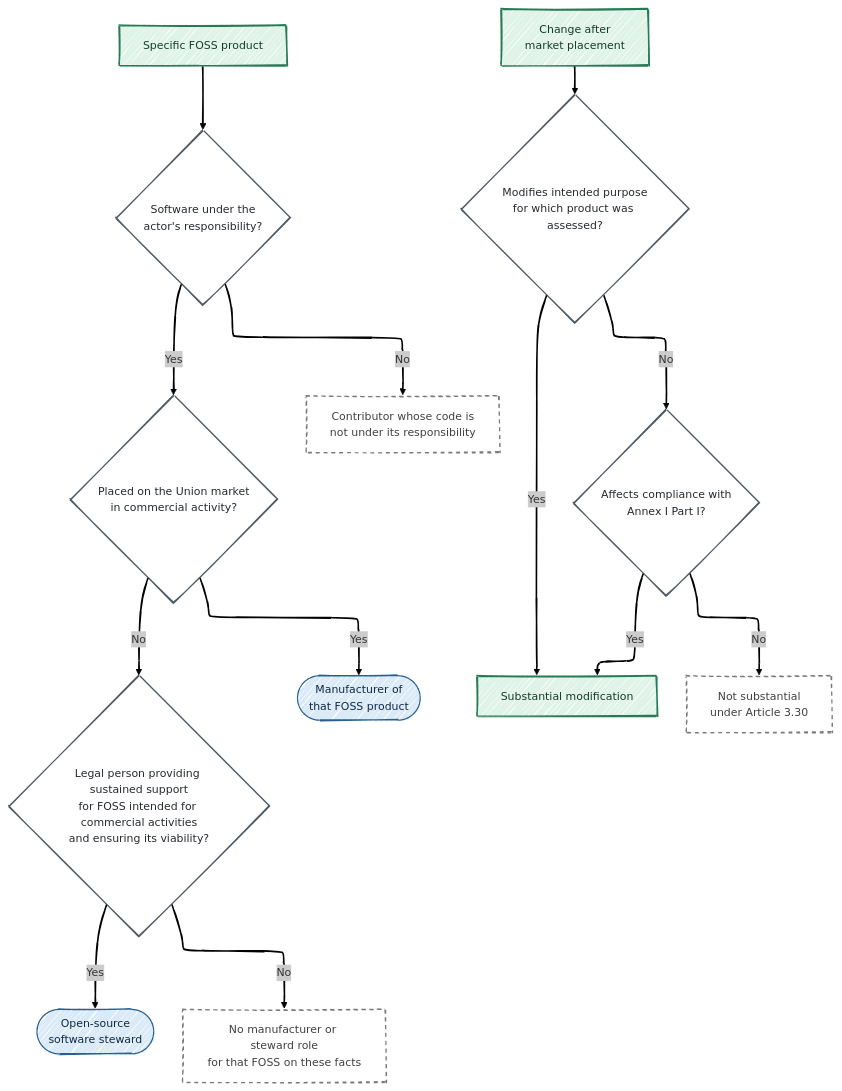
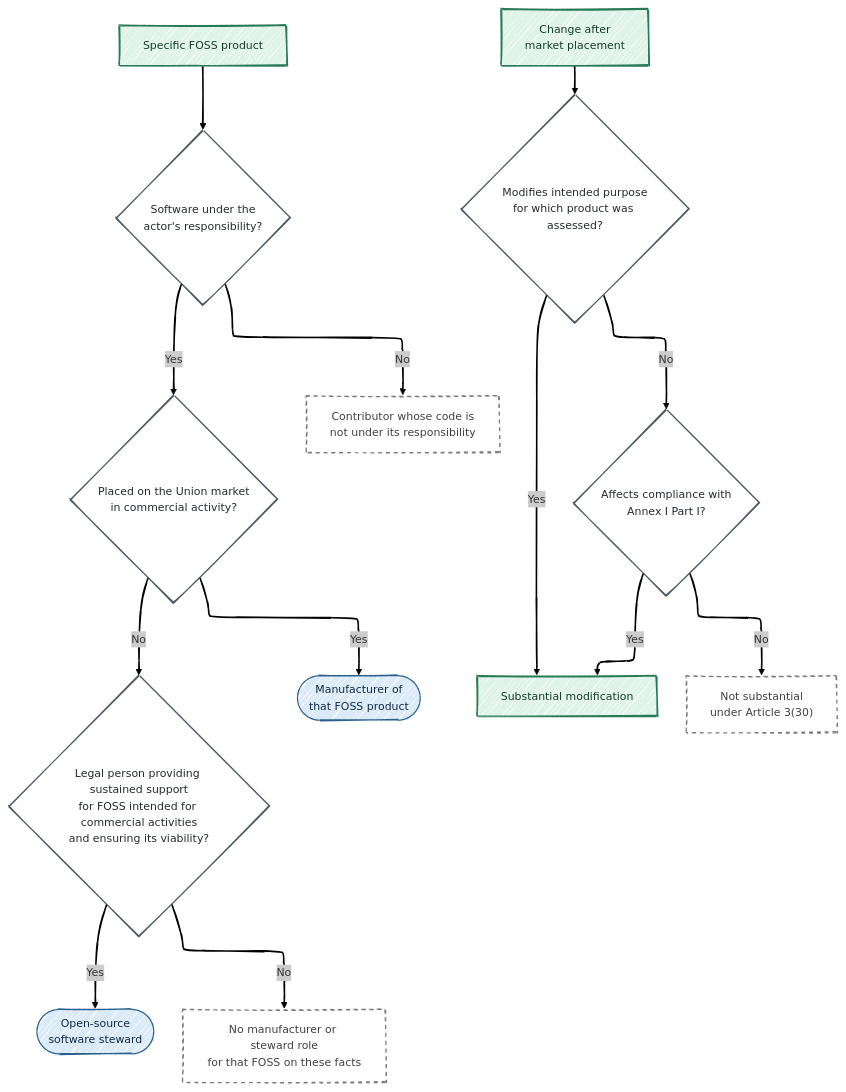
The ninth of 18 diagrams in longforms/cyber-resilience-act-the-new-product-security-baseline/index.qmd (antomon/antomon.github.io), drawn with Mermaid before and after one commit. The commit also changed other lines of this file and 46 other files, not shown here.

````diff
--- a/longforms/cyber-resilience-act-the-new-product-security-baseline/index.qmd
+++ b/longforms/cyber-resilience-act-the-new-product-security-baseline/index.qmd
@@ -1572,42 +1572,42 @@
 ```{mermaid}
 %%| label: fig-cyber-resilience-act-the-new-product-security-baseline-foss-and-modification
 %%| fig-cap: "FOSS status depends on responsibility, commercial supply and stewardship, while substantial modification is a separate post-market test based on intended purpose and Annex I Part I compliance."
 %%| fig-alt: "The left branch begins with a specific FOSS product. It asks whether the actor is responsible for the software and whether that software is placed on the Union market in commercial activity. Commercial placement under the actor's responsibility leads to manufacturer status. If the software is not placed on the market, a legal-person test asks whether the actor provides sustained support, ensures viability and supports software intended for commercial activities; if so the actor is an open-source software steward, otherwise it may have no CRA role for that software. A separate contributor node remains outside manufacturer status where the code is not under the contributor's responsibility. The right branch begins with a change after product placement and asks whether intended purpose is modified or Annex I Part I compliance is affected. Either result leads to substantial modification; otherwise the change is not substantial on those grounds."
 %%| fig-align: center
 %%{init: {"theme": "neo", "look": "handDrawn", "layout": "elk"}}%%
 flowchart TD
     FOSS[Specific FOSS product]:::product
     RESPONSIBLE{Software under the<br/>actor's responsibility?}:::test
     COMMERCIAL{Placed on the Union market<br/>in commercial activity?}:::test
     LEGAL{Legal person providing sustained support<br/>for FOSS intended for commercial activities<br/>and ensuring its viability?}:::test
 
     FMFR([Manufacturer of<br/>that FOSS product]):::entity
     STEWARD([Open-source<br/>software steward]):::entity
     NOROLE[No manufacturer or steward role<br/>for that FOSS on these facts]:::context
     CONTRIBUTOR[Contributor whose code is<br/>not under its responsibility]:::context
 
     CHANGE[Change after<br/>market placement]:::product
     PURPOSE{Modifies intended purpose<br/>for which product was assessed?}:::test
     COMPLIANCE{Affects compliance with<br/>Annex I Part I?}:::test
     SUB[Substantial modification]:::product
-    NONSUB[Not substantial<br/>under Article 3.30]:::context
+    NONSUB["Not substantial<br/>under Article 3(30)"]:::context
 
     FOSS --> RESPONSIBLE
     RESPONSIBLE -- No --> CONTRIBUTOR
     RESPONSIBLE -- Yes --> COMMERCIAL
     COMMERCIAL -- Yes --> FMFR
     COMMERCIAL -- No --> LEGAL
     LEGAL -- Yes --> STEWARD
     LEGAL -- No --> NOROLE
 
     CHANGE --> PURPOSE
     PURPOSE -- Yes --> SUB
     PURPOSE -- No --> COMPLIANCE
     COMPLIANCE -- Yes --> SUB
     COMPLIANCE -- No --> NONSUB
 
     classDef entity fill:#dbeaf7,stroke:#285f8f,stroke-width:1.5px,color:#102a43;
     classDef product fill:#dff3e8,stroke:#287a57,stroke-width:2px,color:#153b2b;
     classDef test fill:#ffffff,stroke:#4f5962,stroke-width:1.5px,color:#252a2e;
     classDef context fill:#ffffff,stroke:#7a7a7a,stroke-width:1.5px,stroke-dasharray:5 5,color:#404040;
 ```
````
